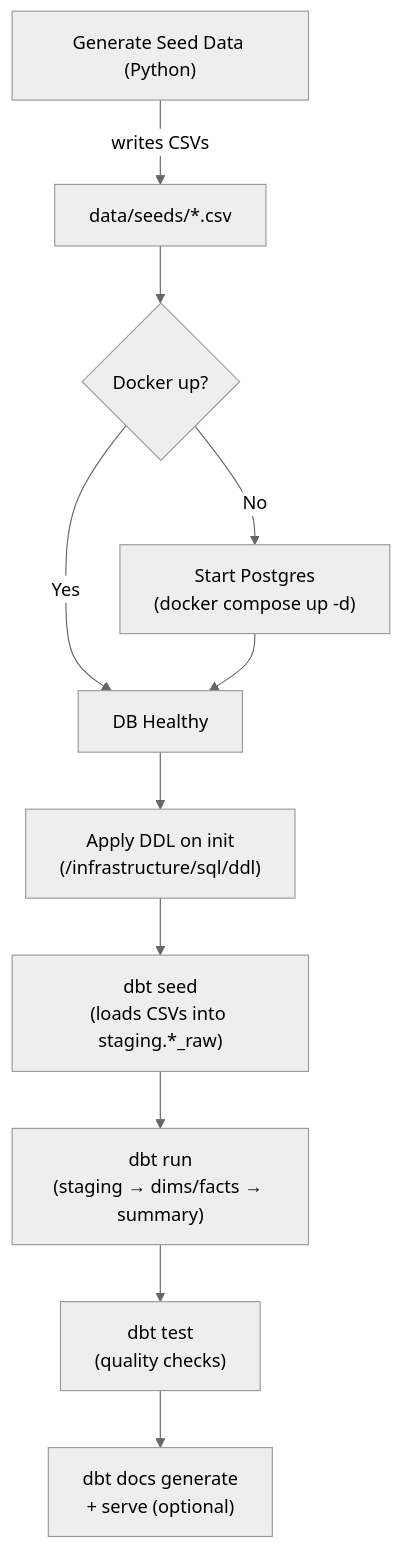
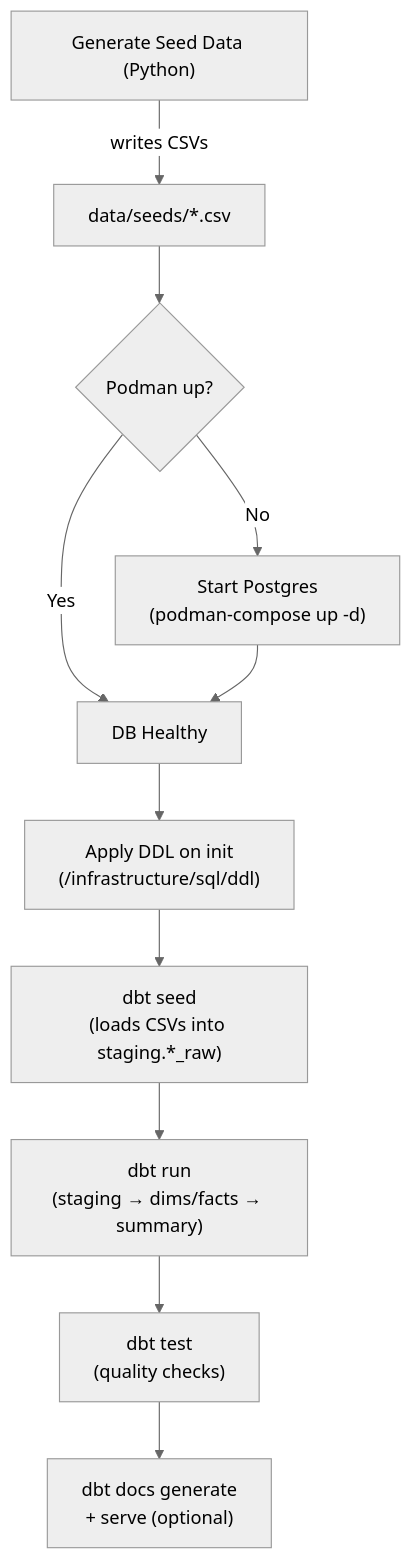
Before and after one commit to garthmortensen/aca_health: the fourth of 4 diagrams in README.md, drawn with Mermaid (neutral theme). The commit also changed other lines of this file and 3 other files, not shown here.

Commit message:
fix(podman): switch from docker to podman, update scripts and docs

````diff
--- a/README.md
+++ b/README.md
@@ -258,20 +289,20 @@
 ```mermaid
 flowchart TD
   A["Generate Seed Data (Python)"] -->|writes CSVs| B["data/seeds/*.csv"]
   click A href "scripts/generate_seed_data.py" _self
   click B href "data/seeds/" _self
 
-  B --> C{"Docker up?"}
-  C -- "No" --> D["Start Postgres\n(docker compose up -d)"]
+  B --> C{"Podman up?"}
+  C -- "No" --> D["Start Postgres\n(podman-compose up -d)"]
   C -- "Yes" --> E["DB Healthy"]
   D --> E
   click D href "infrastructure/docker/docker-compose.yml" _self
 
   E --> F["Apply DDL on init\n(/infrastructure/sql/ddl)"]
   click F href "infrastructure/sql/ddl/01_staging_schema.sql" _self
 
   F --> G["dbt seed\n(loads CSVs into staging.*_raw)"]
   G --> H["dbt run\n(staging → dims/facts → summary)"]
   H --> I["dbt test\n(quality checks)"]
   I --> J["dbt docs generate\n+ serve (optional)"]
 ```
````
